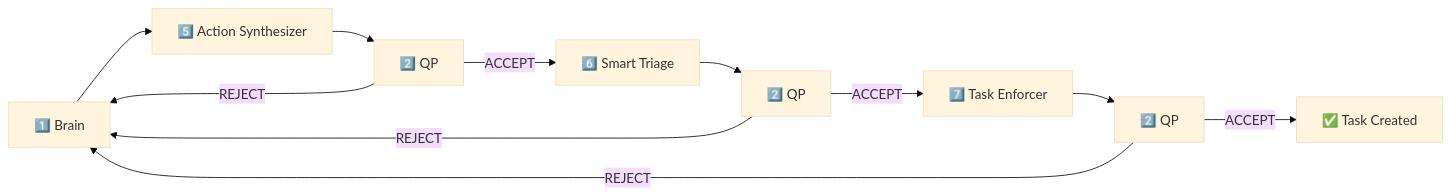
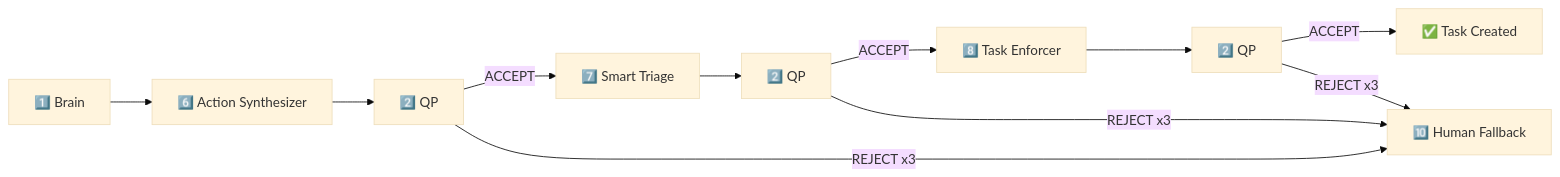
The sixth of 16 diagrams in all.md (mohabnazmy/test), drawn with Mermaid (base theme) before and after one commit. The commit also changed other lines of this file, not shown here.

````diff
--- a/all.md
+++ b/all.md
@@ -297,14 +368,14 @@
 ```mermaid
 flowchart LR
-    Brain["1️⃣ Brain"] --> AS["5️⃣ Action Synthesizer"]
+    Brain["1️⃣ Brain"] --> AS["6️⃣ Action Synthesizer"]
     AS --> QP1["2️⃣ QP"]
-    QP1 -->|ACCEPT| ST["6️⃣ Smart Triage"]
+    QP1 -->|ACCEPT| ST["7️⃣ Smart Triage"]
     ST --> QP2["2️⃣ QP"]
-    QP2 -->|ACCEPT| TE["7️⃣ Task Enforcer"]
+    QP2 -->|ACCEPT| TE["8️⃣ Task Enforcer"]
     TE --> QP3["2️⃣ QP"]
     QP3 -->|ACCEPT| Done["✅ Task Created"]
     
-    QP1 -->|REJECT| Brain
-    QP2 -->|REJECT| Brain
-    QP3 -->|REJECT| Brain
+    QP1 -->|REJECT x3| Escalate["🔟 Human Fallback"]
+    QP2 -->|REJECT x3| Escalate
+    QP3 -->|REJECT x3| Escalate
 ```
````
